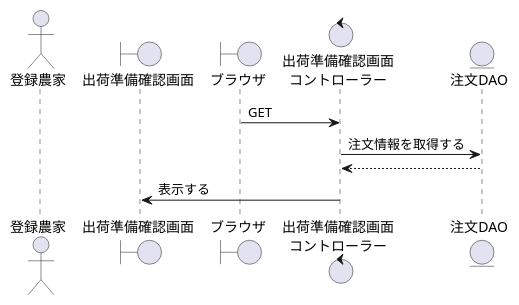
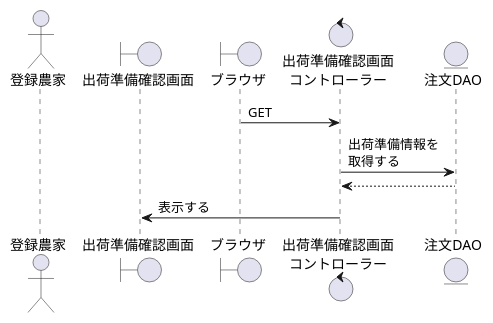
The diagram in PJ_シーケンス/農家/出荷準備確認画面表示.wsd (SK-B-S/PJ), drawn with PlantUML before and after one commit. The commit also changed 27 other files, not shown here.

```diff
--- a/PJ_シーケンス/農家/出荷準備確認画面表示.wsd
+++ b/PJ_シーケンス/農家/出荷準備確認画面表示.wsd
@@ -1,16 +1,16 @@
 @startuml 出荷準備確認画面を表示
 
 actor    "登録農家" as account
 boundary "出荷準備確認画面" as Mypage
 boundary "ブラウザ" as brz
 control  "出荷準備確認画面\nコントローラー" as Acquisition_c
 entity   "注文DAO" as Account
 
 '-------------------------------------------------------------------------------------------
 
 brz -> Acquisition_c : GET
-Acquisition_c -> Account : 注文情報を取得する
+Acquisition_c -> Account : 出荷準備情報を\n取得する
 Acquisition_c <-- Account
 Mypage <- Acquisition_c : 表示する
 
 @enduml
```
